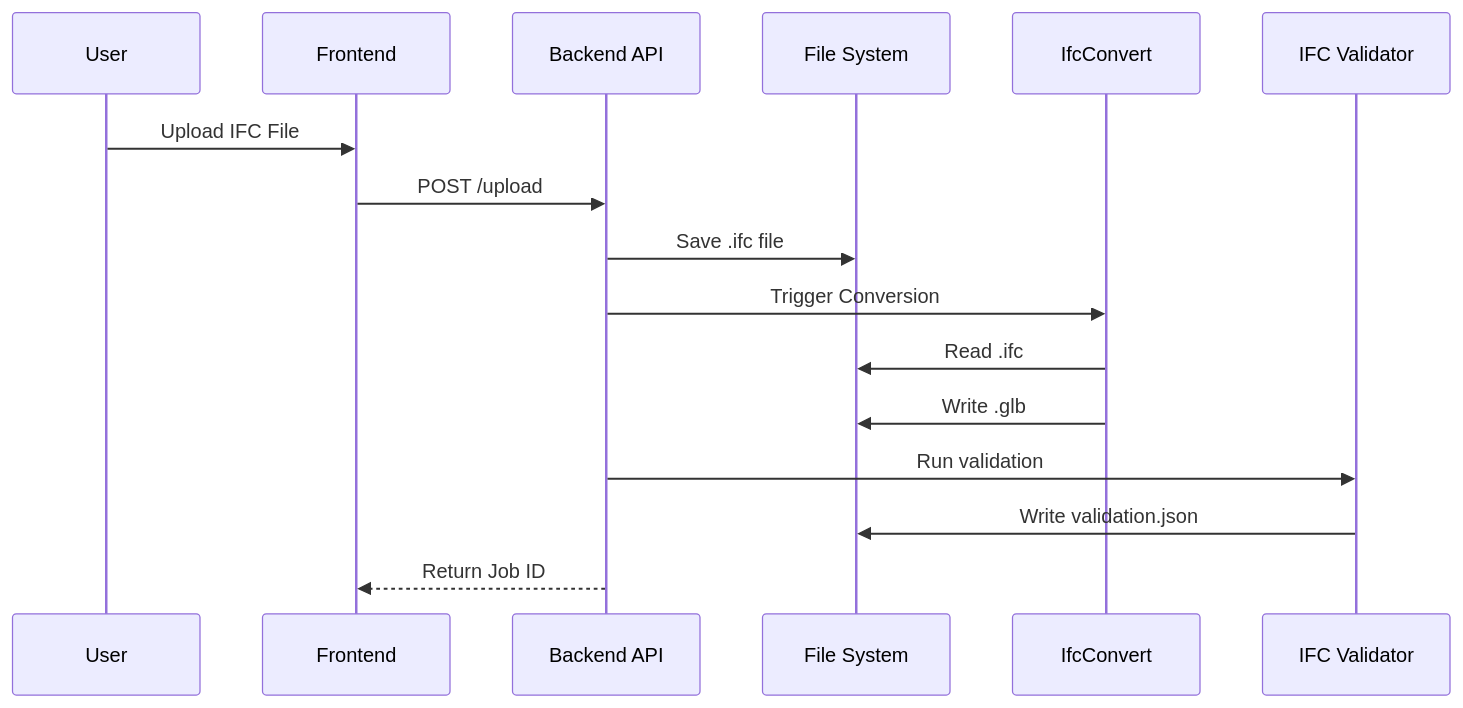
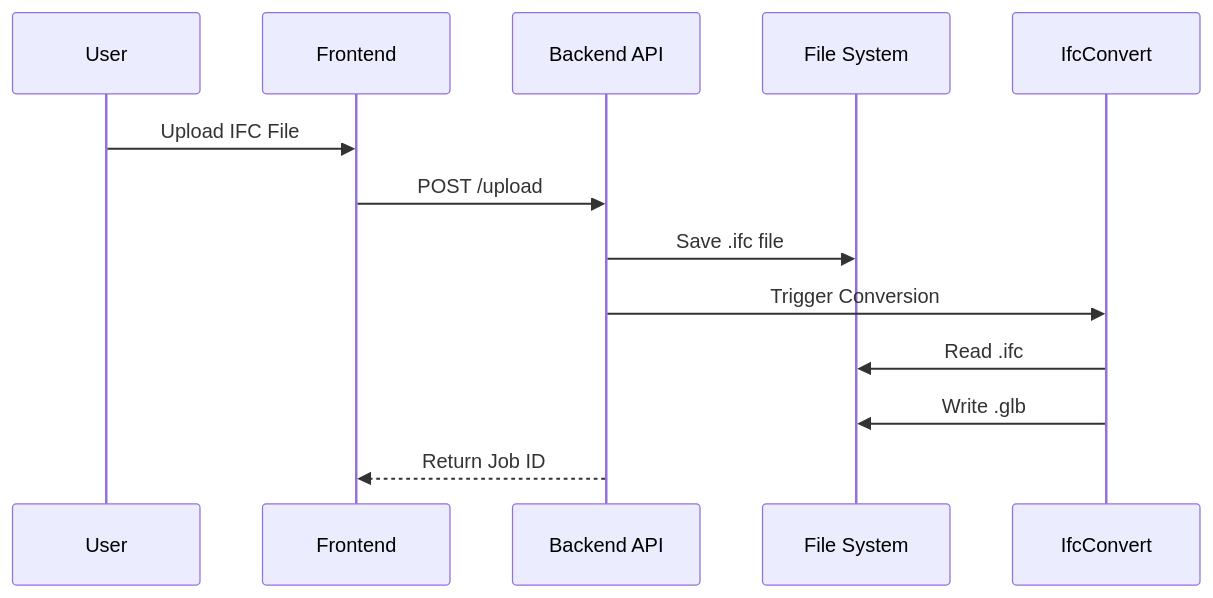
Before and after one commit to Naveendinula/DigitalTwin: the third of 7 diagrams in SYSTEM_MAP.md, drawn with Mermaid. The commit also changed other lines of this file and 32 other files, not shown here.

````diff
--- a/SYSTEM_MAP.md
+++ b/SYSTEM_MAP.md
@@ -146,19 +133,16 @@
 ```mermaid
 sequenceDiagram
     participant User
     participant UI as Frontend
     participant API as Backend API
     participant FS as File System
     participant Conv as IfcConvert
-    participant Val as IFC Validator
     
     User->>UI: Upload IFC File
     UI->>API: POST /upload
     API->>FS: Save .ifc file
     API->>Conv: Trigger Conversion
     Conv->>FS: Read .ifc
     Conv->>FS: Write .glb
-    API->>Val: Run validation
-    Val->>FS: Write validation.json
     API-->>UI: Return Job ID
 ```
````
